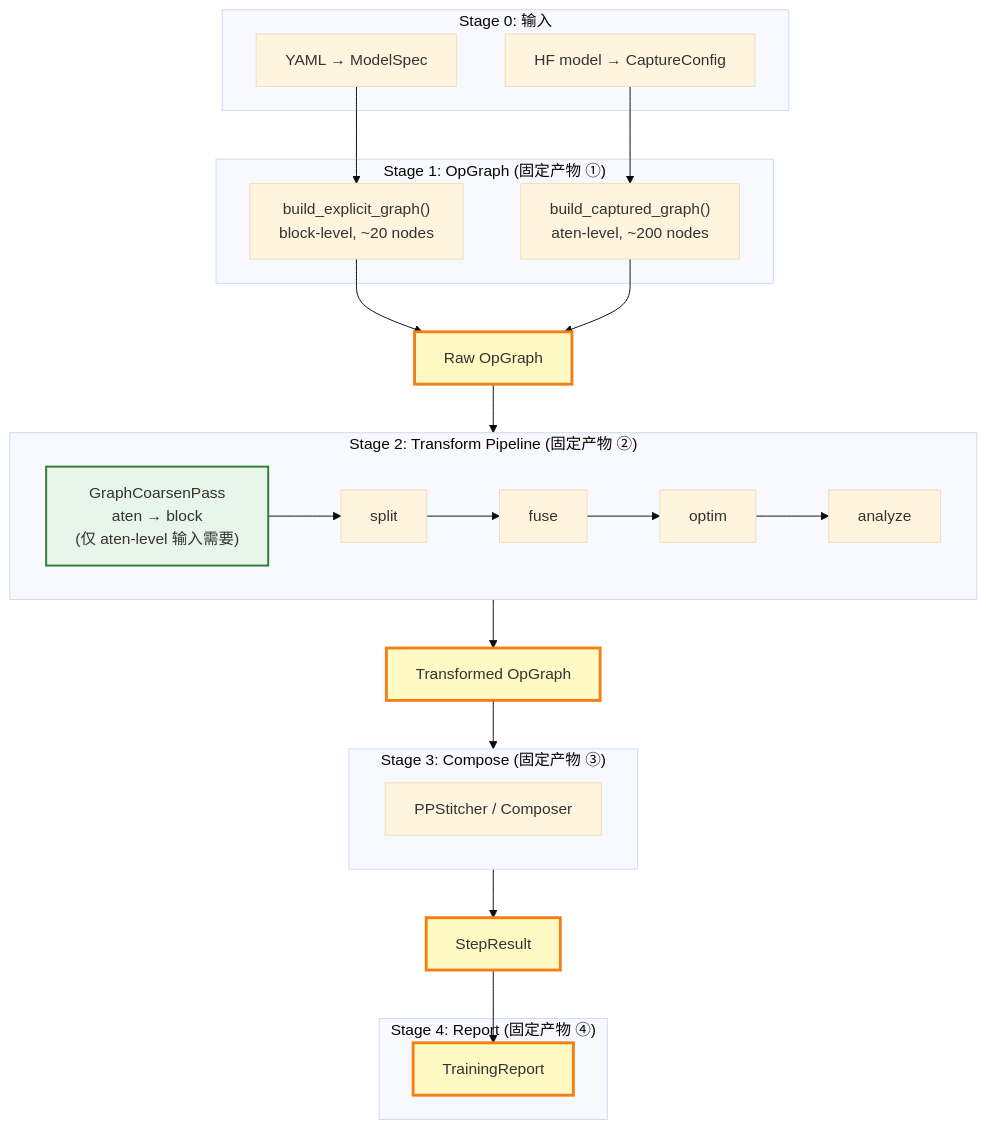
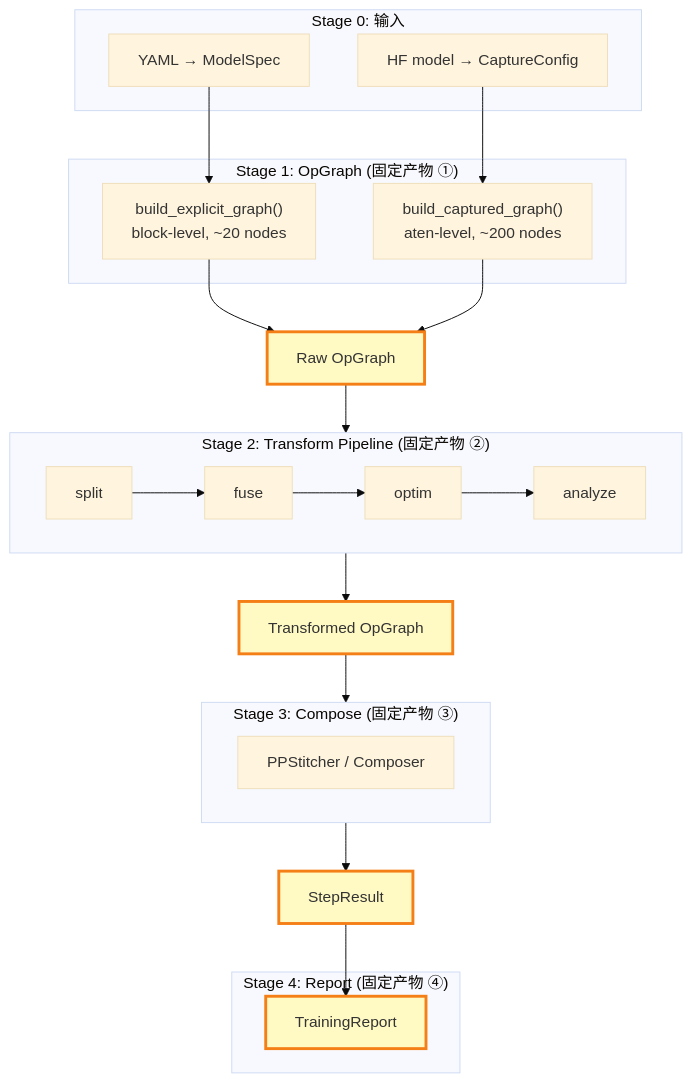
The second of 3 diagrams in docs/refactor.md (wl55721/modeling), drawn with Mermaid (base theme) before and after one commit. The commit also changed other lines of this file and 21 other files, not shown here.

````diff
--- a/docs/refactor.md
+++ b/docs/refactor.md
@@ -164,51 +163,48 @@
 ```mermaid
 flowchart TB
     subgraph INPUT["Stage 0: 输入"]
         YAML["YAML → ModelSpec"]
         HF["HF model → CaptureConfig"]
     end
 
     subgraph BUILD["Stage 1: OpGraph (固定产物 ①)"]
         BEG["build_explicit_graph()<br/>block-level, ~20 nodes"]
         BCG["build_captured_graph()<br/>aten-level, ~200 nodes"]
     end
 
     YAML --> BEG
     HF --> BCG
     BEG --> OG["Raw OpGraph"]
     BCG --> OG
 
     subgraph PIPE["Stage 2: Transform Pipeline (固定产物 ②)"]
-        COARSEN["GraphCoarsenPass<br/>aten → block<br/>(仅 aten-level 输入需要)"]
         S1["split"]
         S2["fuse"]
         S3["optim"]
         S4["analyze"]
-        COARSEN --> S1
         S1 --> S2
         S2 --> S3
         S3 --> S4
     end
 
     OG --> PIPE
     PIPE --> TOG["Transformed OpGraph"]
 
     subgraph COMPOSE["Stage 3: Compose (固定产物 ③)"]
         PPNODE["PPStitcher / Composer"]
     end
 
     TOG --> COMPOSE
     COMPOSE --> SR["StepResult"]
 
     subgraph REPORT["Stage 4: Report (固定产物 ④)"]
         RPT["TrainingReport"]
     end
 
     SR --> RPT
 
     style OG fill:#fff9c4,stroke:#f57f17,stroke-width:3px
     style TOG fill:#fff9c4,stroke:#f57f17,stroke-width:3px
     style SR fill:#fff9c4,stroke:#f57f17,stroke-width:3px
     style RPT fill:#fff9c4,stroke:#f57f17,stroke-width:3px
-    style COARSEN fill:#e8f5e9,stroke:#2e7d32,stroke-width:2px
 ```
````
